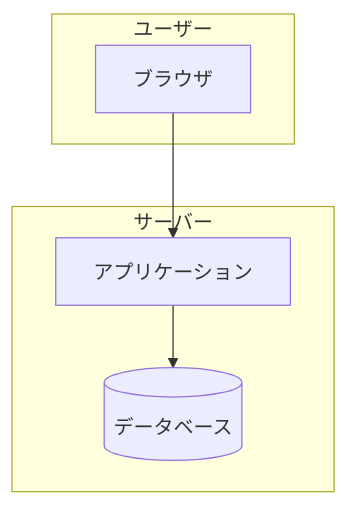
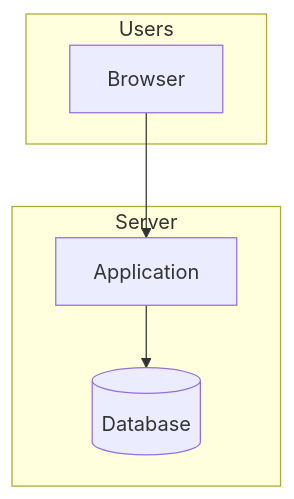
One commit to aToy0m0/skills changed the first of 3 diagrams in generate-docs/SKILL.md. Above: the diagram before and after it, drawn with Mermaid. The commit also changed other lines of this file and 5 other files, not shown here.

````diff
--- a/generate-docs/SKILL.md
+++ b/generate-docs/SKILL.md
@@ -137,12 +137,12 @@
 ```mermaid
 graph TB
-    subgraph ユーザー
-        Browser[ブラウザ]
+    subgraph Users
+        Browser[Browser]
     end
-    subgraph サーバー
-        App[アプリケーション]
-        DB[(データベース)]
+    subgraph Server
+        App[Application]
+        DB[(Database)]
     end
     Browser --> App
     App --> DB
 ```
````
